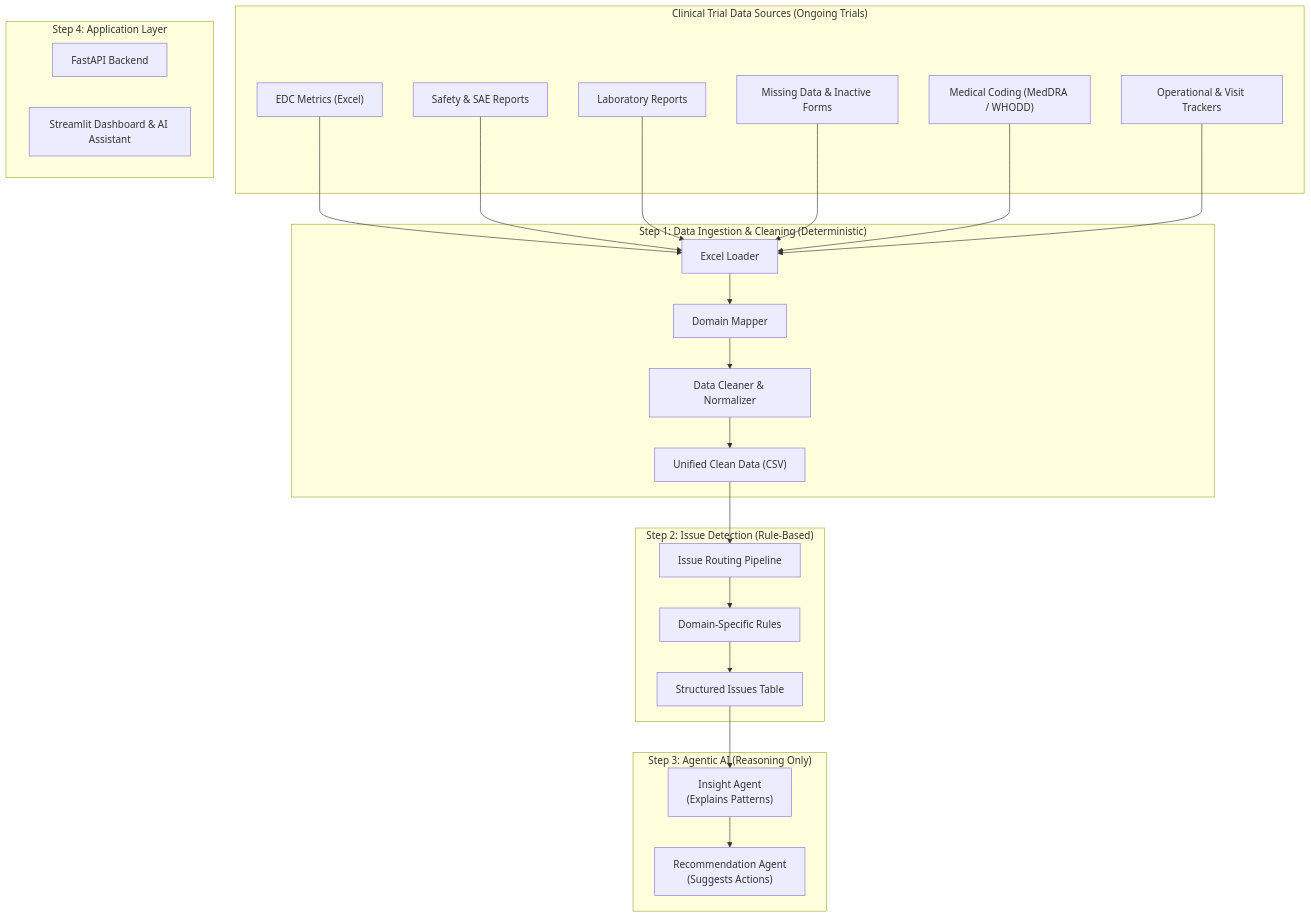
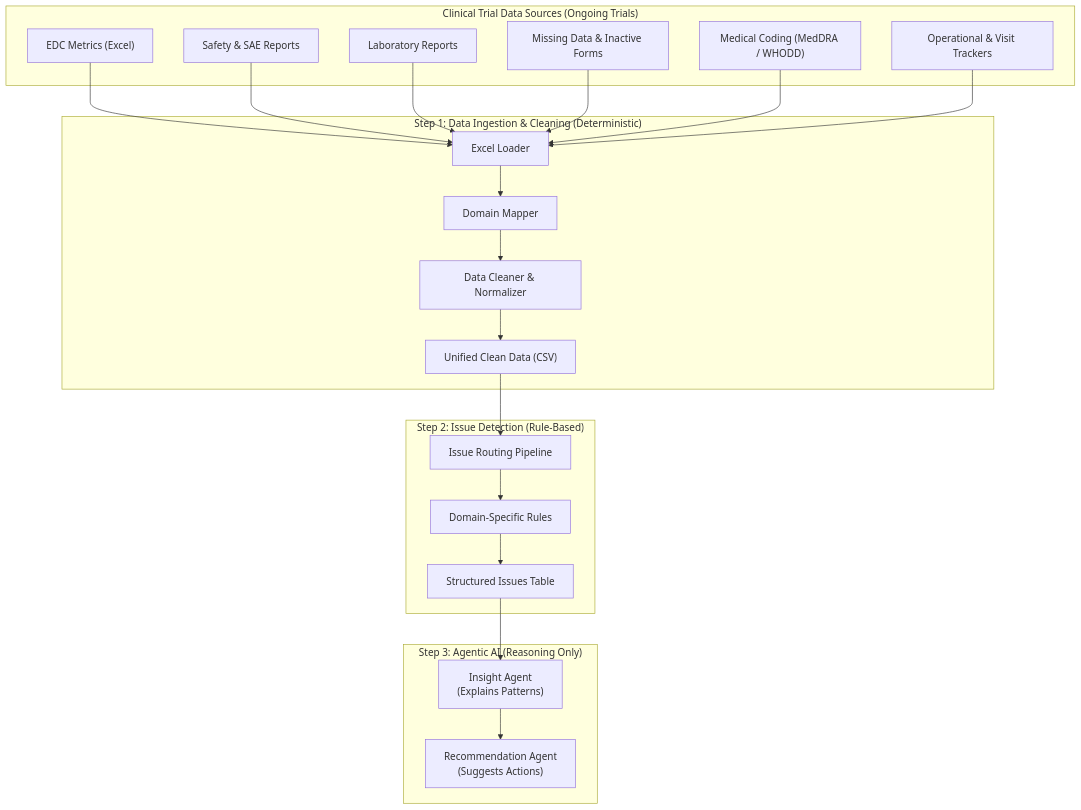
Before and after one commit to priyanshsingh11/TrailFlow: the diagram in README.md, drawn with Mermaid.

````diff
--- a/README.md
+++ b/README.md
@@ -2,72 +2,64 @@
 ```mermaid
 flowchart TB
 
     %% =========================
     %% DATA SOURCES
     %% =========================
     subgraph DS["Clinical Trial Data Sources (Ongoing Trials)"]
         EDC["EDC Metrics (Excel)"]
         SAE["Safety & SAE Reports"]
         LAB["Laboratory Reports"]
         DQ["Missing Data & Inactive Forms"]
         COD["Medical Coding (MedDRA / WHODD)"]
         OPS["Operational & Visit Trackers"]
     end
 
     %% =========================
     %% INGESTION & CLEANING
     %% =========================
     subgraph ING["Step 1: Data Ingestion & Cleaning (Deterministic)"]
         LDR["Excel Loader"]
         MAP["Domain Mapper"]
         CLN["Data Cleaner & Normalizer"]
         RAW["Unified Clean Data (CSV)"]
     end
 
     %% =========================
     %% ISSUE DETECTION
     %% =========================
     subgraph ISS["Step 2: Issue Detection (Rule-Based)"]
         ROUTE["Issue Routing Pipeline"]
         RULES["Domain-Specific Rules"]
         ISSUES["Structured Issues Table"]
     end
 
     %% =========================
     %% AGENTIC AI LAYER
     %% =========================
     subgraph AI["Step 3: Agentic AI (Reasoning Only)"]
         INSIGHT["Insight Agent\n(Explains Patterns)"]
         RECOMMEND["Recommendation Agent\n(Suggests Actions)"]
     end
 
     %% =========================
-    %% APPLICATION LAYER
-    %% =========================
-    subgraph APP["Step 4: Application Layer"]
-        API["FastAPI Backend"]
-        UI["Streamlit Dashboard & AI Assistant"]
-    end
-
-    %% =========================
     %% DATA FLOW
     %% =========================
     EDC --> LDR
     SAE --> LDR
     LAB --> LDR
     DQ --> LDR
     COD --> LDR
     OPS --> LDR
 
     LDR --> MAP
     MAP --> CLN
     CLN --> RAW
 
     RAW --> ROUTE
     ROUTE --> RULES
     RULES --> ISSUES
 
     ISSUES --> INSIGHT
     INSIGHT --> RECOMMEND
 
 ```
````
